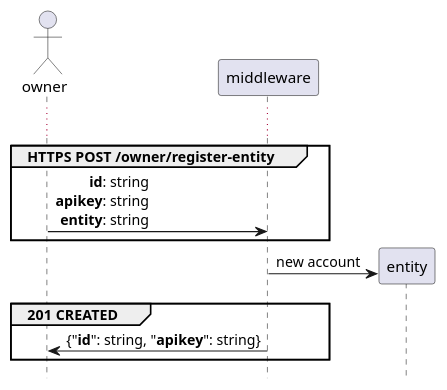
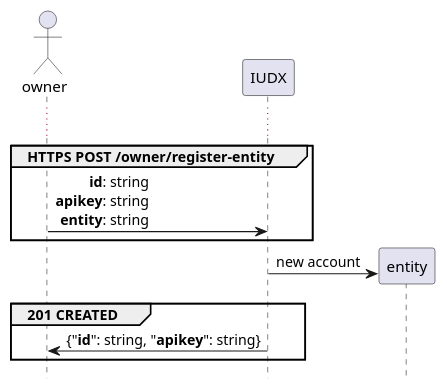
Before and after one commit to rbccps-iisc/corinthian: the diagram in DOCS/register-entity.plantuml, drawn with PlantUML. The commit also changed 7 other files, not shown here.

Commit message:
[skip travis] rename middleware with IUDX

```diff
--- a/DOCS/register-entity.plantuml
+++ b/DOCS/register-entity.plantuml
@@ -1,18 +1,18 @@
 actor owner
 hide footbox
 ...
 
 group HTTPS POST /owner/register-entity
 
-owner -> middleware: **id**: string\r**apikey**: string\r**entity**: string
+owner -> IUDX: **id**: string\r**apikey**: string\r**entity**: string
 
 end
 
 create entity
-middleware -> entity : new account
+IUDX -> entity : new account
 
 group 201 CREATED
-middleware -> owner: {"**id**": string, "**apikey**": string}
+IUDX -> owner: {"**id**": string, "**apikey**": string}
 end
 
 @enduml
```
